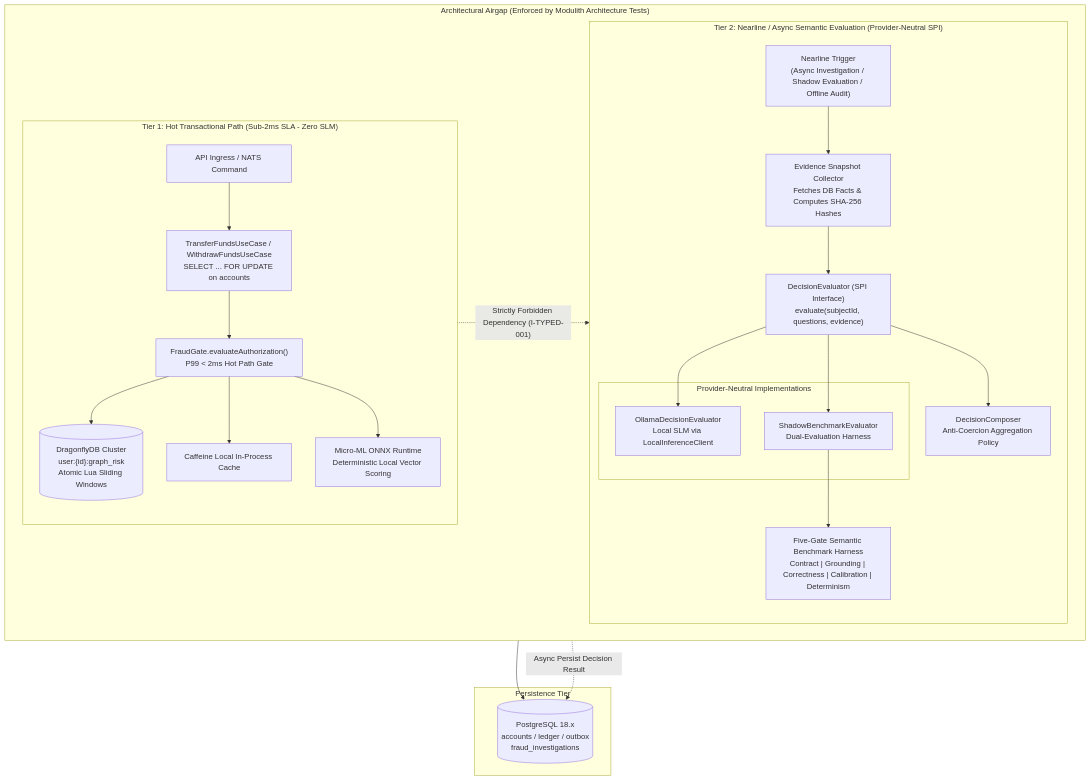
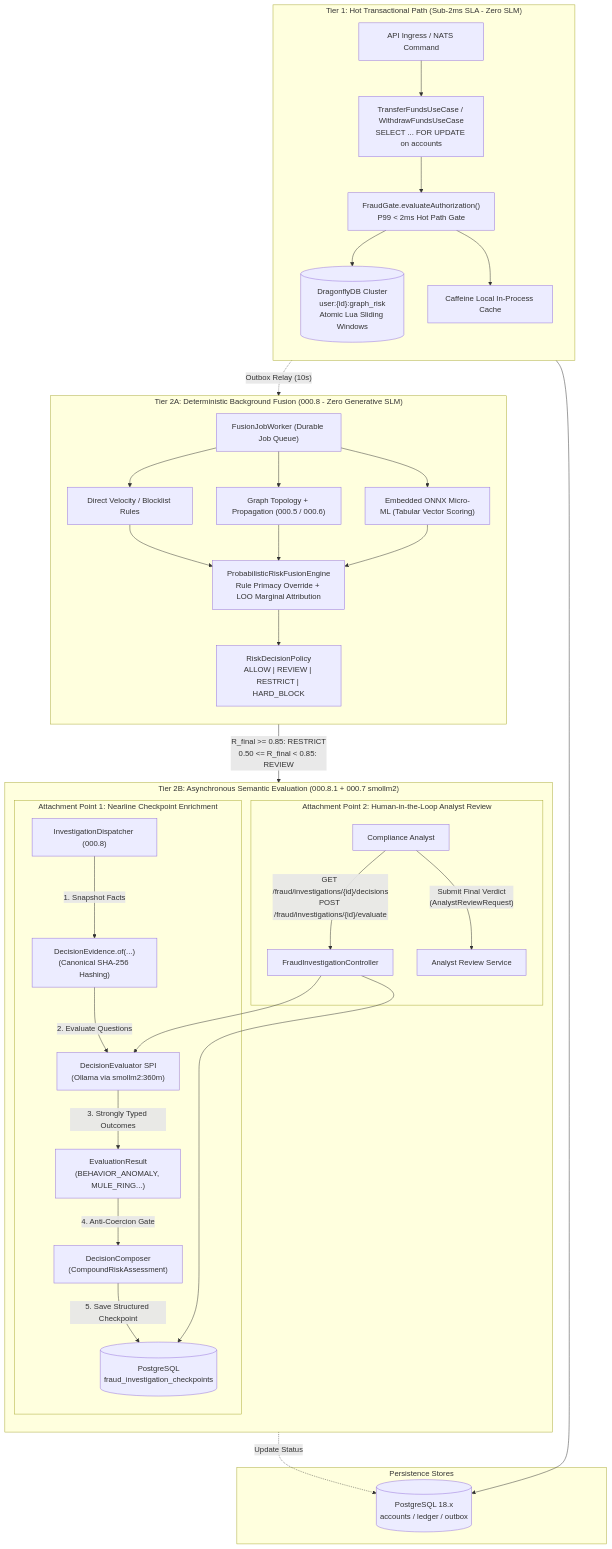
One commit to kyogoiano/wallet changed the first of 2 diagrams in .spec/architecture/ARCH-000.8.1-native-typed-decision-algebra.md. Above: the diagram before and after it, drawn with Mermaid. The commit also changed other lines of this file and 94 other files, not shown here.

````diff
--- a/.spec/architecture/ARCH-000.8.1-native-typed-decision-algebra.md
+++ b/.spec/architecture/ARCH-000.8.1-native-typed-decision-algebra.md
@@ -30,52 +30,56 @@
 ```mermaid
 flowchart TD
     subgraph HotPath["Tier 1: Hot Transactional Path (Sub-2ms SLA - Zero SLM)"]
         direction TB
         Ingress["API Ingress / NATS Command"]
         TransferUC["TransferFundsUseCase / WithdrawFundsUseCase<br/>SELECT ... FOR UPDATE on accounts"]
         FraudGate["FraudGate.evaluateAuthorization()<br/>P99 < 2ms Hot Path Gate"]
         DragonflyHot[("DragonflyDB Cluster<br/>user:{id}:graph_risk<br/>Atomic Lua Sliding Windows")]
         CaffeineCache["Caffeine Local In-Process Cache"]
-        OnnxModel["Micro-ML ONNX Runtime<br/>Deterministic Local Vector Scoring"]
 
         Ingress --> TransferUC
         TransferUC --> FraudGate
         FraudGate --> DragonflyHot
         FraudGate --> CaffeineCache
-        FraudGate --> OnnxModel
     end
 
-    subgraph ModulithAirgap["Architectural Airgap (Enforced by Modulith Architecture Tests)"]
-        direction LR
-        HotPath -.->|"Strictly Forbidden Dependency (I-TYPED-001)"| NearlinePath
+    subgraph DeterministicFusion["Tier 2A: Deterministic Background Fusion (000.8 - Zero Generative SLM)"]
+        direction TB
+        FusionWorker["FusionJobWorker (Durable Job Queue)"]
+        Rules["Direct Velocity / Blocklist Rules"]
+        Graph["Graph Topology + Propagation (000.5 / 000.6)"]
+        OnnxML["Embedded ONNX Micro-ML (Tabular Vector Scoring)"]
+        FusionEngine["ProbabilisticRiskFusionEngine<br/>Rule Primacy Override + LOO Marginal Attribution"]
+        Policy["RiskDecisionPolicy<br/>ALLOW | REVIEW | RESTRICT | HARD_BLOCK"]
+
+        FusionWorker --> Rules & Graph & OnnxML --> FusionEngine --> Policy
     end
 
-    subgraph NearlinePath["Tier 2: Nearline / Async Semantic Evaluation (Provider-Neutral SPI)"]
+    subgraph SemanticTier["Tier 2B: Asynchronous Semantic Evaluation (000.8.1 + 000.7 smollm2)"]
         direction TB
-        NearlineTrigger["Nearline Trigger<br/>(Async Investigation / Shadow Evaluation / Offline Audit)"]
-        EvidenceCollector["Evidence Snapshot Collector<br/>Fetches DB Facts & Computes SHA-256 Hashes"]
-        DecisionEvaluatorSPI["DecisionEvaluator (SPI Interface)<br/>evaluate(subjectId, questions, evidence)"]
+        Policy -->|"R_final >= 0.85: RESTRICT<br/>0.50 <= R_final < 0.85: REVIEW"| Dispatcher["InvestigationDispatcher (000.8)"]
         
-        subgraph EvaluatorImpl["Provider-Neutral Implementations"]
-            OllamaImpl["OllamaDecisionEvaluator<br/>Local SLM via LocalInferenceClient"]
-            ShadowEvaluator["ShadowBenchmarkEvaluator<br/>Dual-Evaluation Harness"]
+        subgraph Attachment1["Attachment Point 1: Nearline Checkpoint Enrichment"]
+            Dispatcher -->|"1. Snapshot Facts"| Evidence["DecisionEvidence.of(...)<br/>(Canonical SHA-256 Hashing)"]
+            Evidence -->|"2. Evaluate Questions"| Evaluator["DecisionEvaluator SPI<br/>(Ollama via smollm2:360m)"]
+            Evaluator -->|"3. Strongly Typed Outcomes"| Result["EvaluationResult<br/>(BEHAVIOR_ANOMALY, MULE_RING...)"]
+            Result -->|"4. Anti-Coercion Gate"| Composer["DecisionComposer<br/>(CompoundRiskAssessment)"]
+            Composer -->|"5. Save Structured Checkpoint"| Checkpoints[("PostgreSQL<br/>fraud_investigation_checkpoints")]
         end
 
-        DecisionComposer["DecisionComposer<br/>Anti-Coercion Aggregation Policy"]
-        FiveGateHarness["Five-Gate Semantic Benchmark Harness<br/>Contract | Grounding | Correctness | Calibration | Determinism"]
-
-        NearlineTrigger --> EvidenceCollector
-        EvidenceCollector --> DecisionEvaluatorSPI
-        DecisionEvaluatorSPI --> OllamaImpl
-        DecisionEvaluatorSPI --> ShadowEvaluator
-        DecisionEvaluatorSPI --> DecisionComposer
-        ShadowEvaluator --> FiveGateHarness
+        subgraph Attachment2["Attachment Point 2: Human-in-the-Loop Analyst Review"]
+            Analyst["Compliance Analyst"] -->|"GET /fraud/investigations/{id}/decisions<br/>POST /fraud/investigations/{id}/evaluate"| Controller["FraudInvestigationController"]
+            Controller --> Evaluator
+            Controller --> Checkpoints
+            Analyst -->|"Submit Final Verdict<br/>(AnalystReviewRequest)"| AnalystReview["Analyst Review Service"]
+        end
     end
 
-    subgraph StorageTier["Persistence Tier"]
-        Postgres[("PostgreSQL 18.x<br/>accounts / ledger / outbox<br/>fraud_investigations")]
+    subgraph PersistenceTier["Persistence Stores"]
+        Postgres[("PostgreSQL 18.x<br/>accounts / ledger / outbox")]
     end
 
     TransferUC --> Postgres
-    DecisionComposer -.->|"Async Persist Decision Result"| Postgres
+    TransferUC -.->|"Outbox Relay (10s)"| FusionWorker
+    AnalystReview -.->|"Update Status"| Postgres
 ```
````
